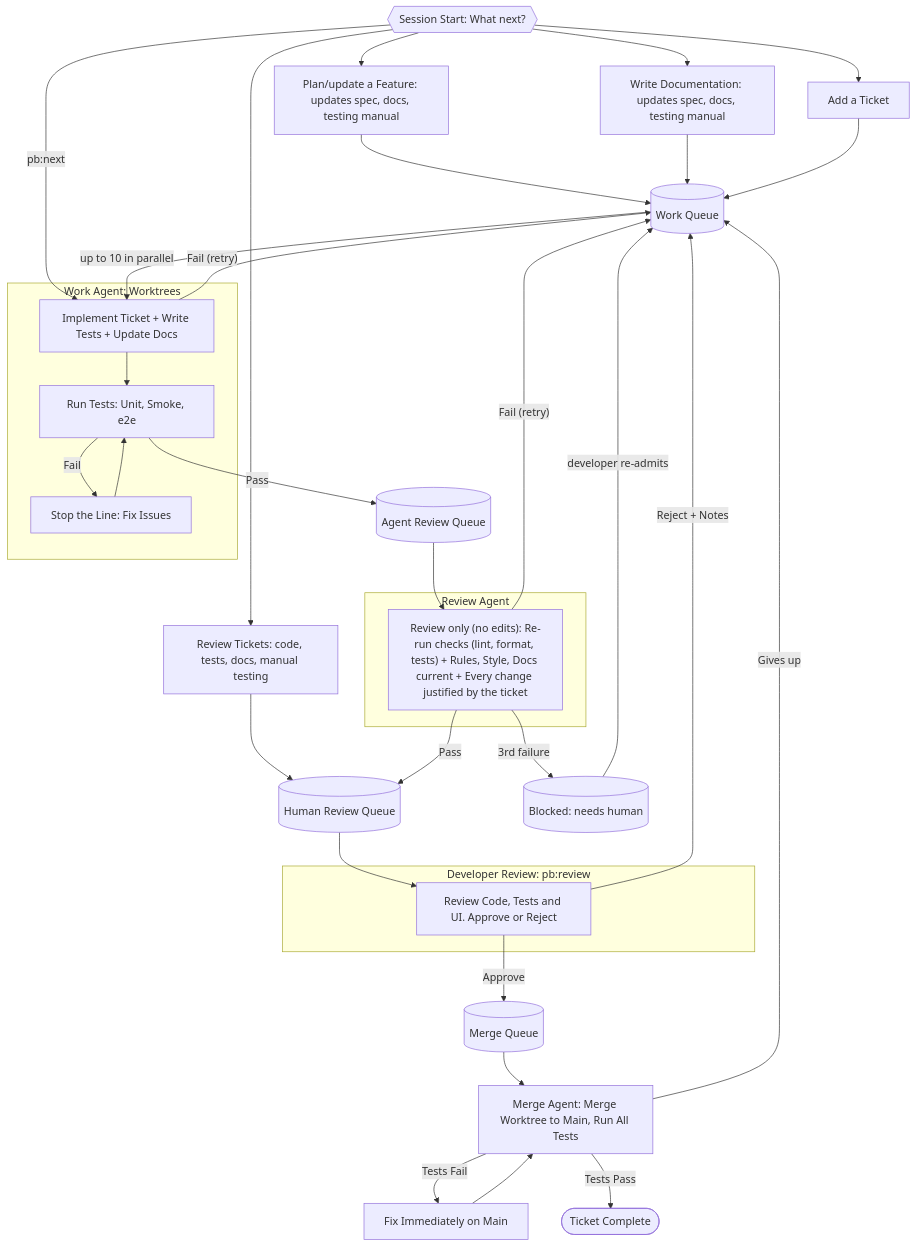
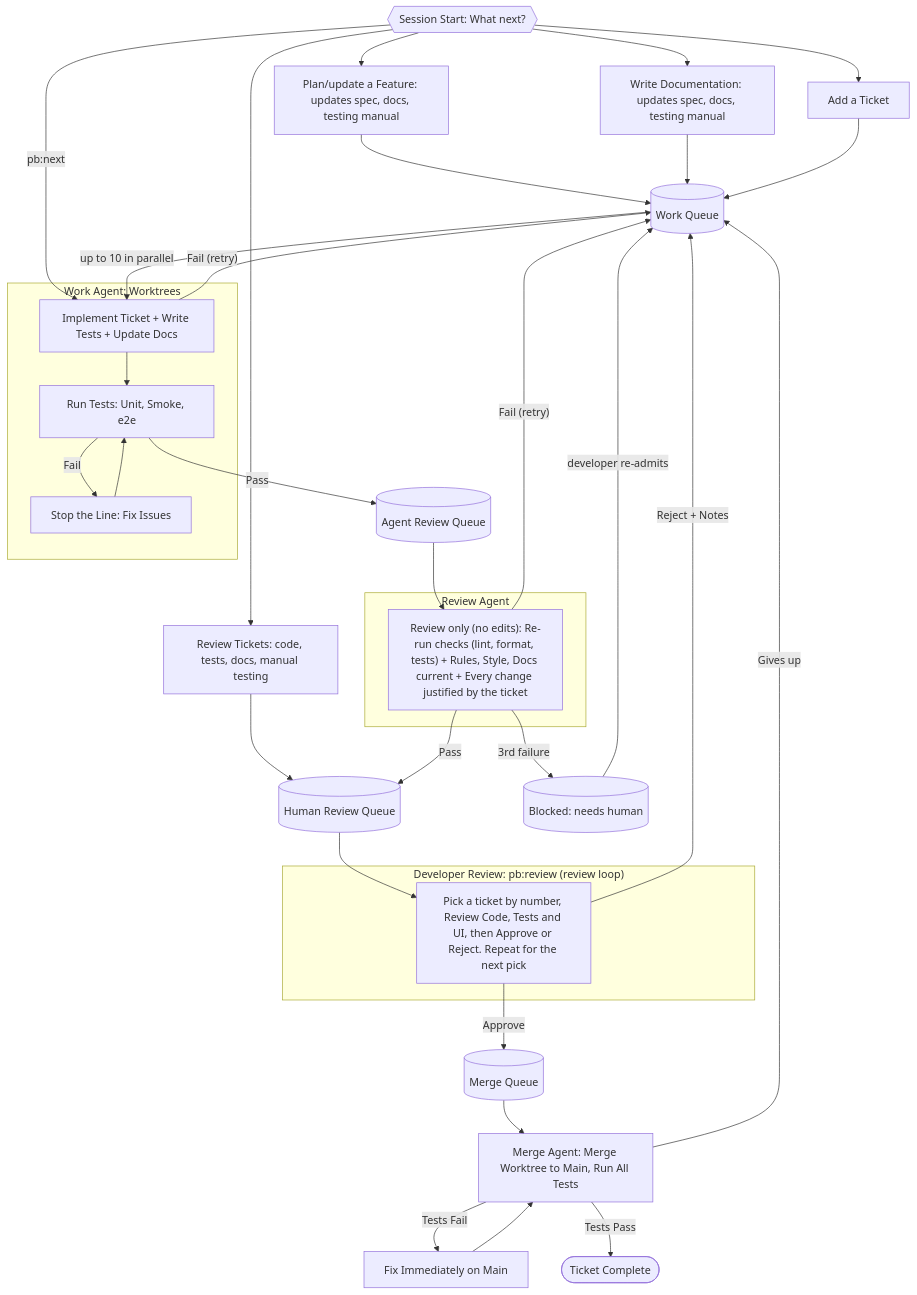
Before and after one commit to ashleydavis/playbook: the second of 3 diagrams in handbook.md, drawn with Mermaid. The commit also changed other lines of this file and 3 other files, not shown here.

````diff
--- a/handbook.md
+++ b/handbook.md
@@ -104,45 +104,45 @@
 ```mermaid
 flowchart TD
     SESSION{{"Session Start: What next?"}} --> PLAN
     SESSION --> DOCS
     SESSION --> ADD_WI
     SESSION --> REVIEW_WI
     SESSION -->|pb:next| IMPL
 
     PLAN["Plan/update a Feature: updates spec, docs, testing manual"] --> WQ
     DOCS["Write Documentation: updates spec, docs, testing manual"] --> WQ
     ADD_WI["Add a Ticket"] --> WQ
     REVIEW_WI["Review Tickets: code, tests, docs, manual testing"] --> HR
 
     WQ[("Work Queue")] -->|"up to 10 in parallel"| IMPL
 
     subgraph WorkAgent ["Work Agent: Worktrees"]
         IMPL["Implement Ticket + Write Tests + Update Docs"] --> RT["Run Tests: Unit, Smoke, e2e"]
         RT -->|Fail| STL["Stop the Line: Fix Issues"]
         STL --> RT
     end
 
     subgraph ReviewAgent ["Review Agent"]
         CHK["Review only (no edits): Re-run checks (lint, format, tests) + Rules, Style, Docs current + Every change justified by the ticket"]
     end
 
-    subgraph DevReview ["Developer Review: pb:review"]
-        VIEW["Review Code, Tests and UI. Approve or Reject"]
+    subgraph DevReview ["Developer Review: pb:review (review loop)"]
+        VIEW["Pick a ticket by number, Review Code, Tests and UI, then Approve or Reject. Repeat for the next pick"]
     end
 
     RT -->|Pass| AR[("Agent Review Queue")]
     AR --> CHK
     CHK -->|"Fail (retry)"| WQ
     CHK -->|"3rd failure"| BLK[("Blocked: needs human")]
     CHK -->|Pass| HR[("Human Review Queue")]
     HR --> VIEW
     VIEW -->|Reject + Notes| WQ
     VIEW -->|Approve| MQ[("Merge Queue")]
     MQ --> MA["Merge Agent: Merge Worktree to Main, Run All Tests"]
     MA -->|Tests Fail| FIX["Fix Immediately on Main"]
     FIX --> MA
     MA -->|"Gives up"| WQ
     MA -->|Tests Pass| DONE(["Ticket Complete"])
     IMPL -->|"Fail (retry)"| WQ
     BLK -->|"developer re-admits"| WQ
 ```
````
